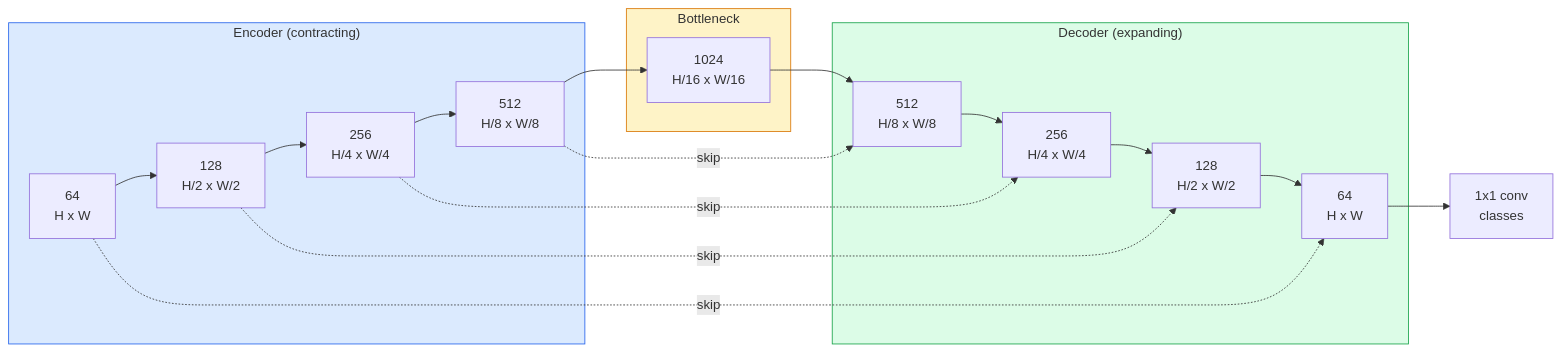
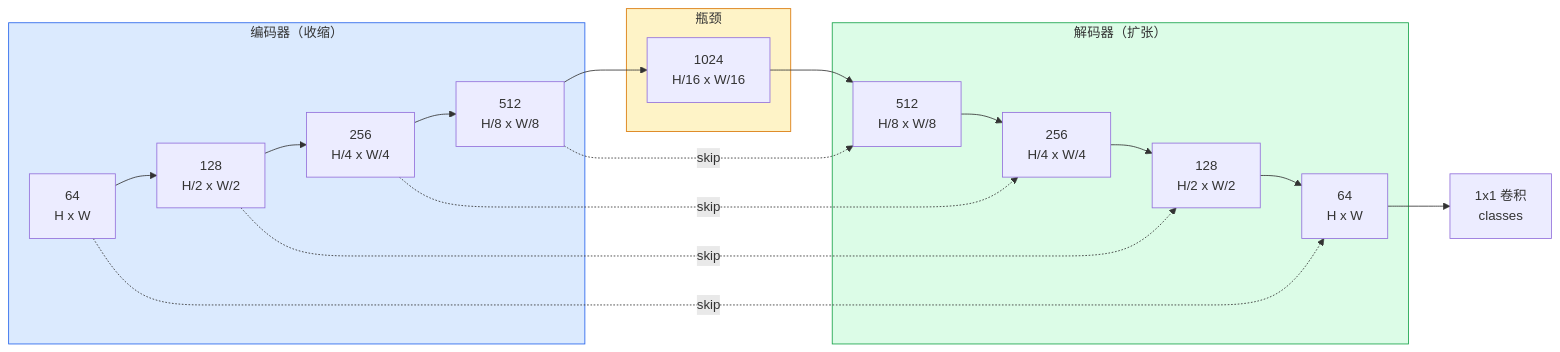
The second of 2 diagrams in phases/04-computer-vision/07-semantic-segmentation-unet/docs/en.md (alessandrodinisio-ai/ai-engineering-learning-framework), drawn with Mermaid before and after one commit. The commit also changed other lines of this file and 443 other files, not shown here.

First line of the commit message:
feat(zh): 完成 435 节课程文档 + README/ROADMAP/术语表 + 网站 UI 全量中文化

````diff
--- a/phases/04-computer-vision/07-semantic-segmentation-unet/docs/en.md
+++ b/phases/04-computer-vision/07-semantic-segmentation-unet/docs/en.md
@@ -48,26 +48,26 @@
 ```mermaid
 flowchart LR
-    subgraph ENC["Encoder (contracting)"]
+    subgraph ENC["编码器（收缩）"]
         E1["64<br/>H x W"] --> E2["128<br/>H/2 x W/2"]
         E2 --> E3["256<br/>H/4 x W/4"]
         E3 --> E4["512<br/>H/8 x W/8"]
     end
-    subgraph BOT["Bottleneck"]
+    subgraph BOT["瓶颈"]
         B1["1024<br/>H/16 x W/16"]
     end
-    subgraph DEC["Decoder (expanding)"]
+    subgraph DEC["解码器（扩张）"]
         D4["512<br/>H/8 x W/8"] --> D3["256<br/>H/4 x W/4"]
         D3 --> D2["128<br/>H/2 x W/2"]
         D2 --> D1["64<br/>H x W"]
     end
     E4 --> B1 --> D4
     E1 -. skip .-> D1
     E2 -. skip .-> D2
     E3 -. skip .-> D3
     E4 -. skip .-> D4
-    D1 --> OUT["1x1 conv<br/>classes"]
+    D1 --> OUT["1x1 卷积<br/>classes"]
 
     style ENC fill:#dbeafe,stroke:#2563eb
     style BOT fill:#fef3c7,stroke:#d97706
     style DEC fill:#dcfce7,stroke:#16a34a
 ```
````
